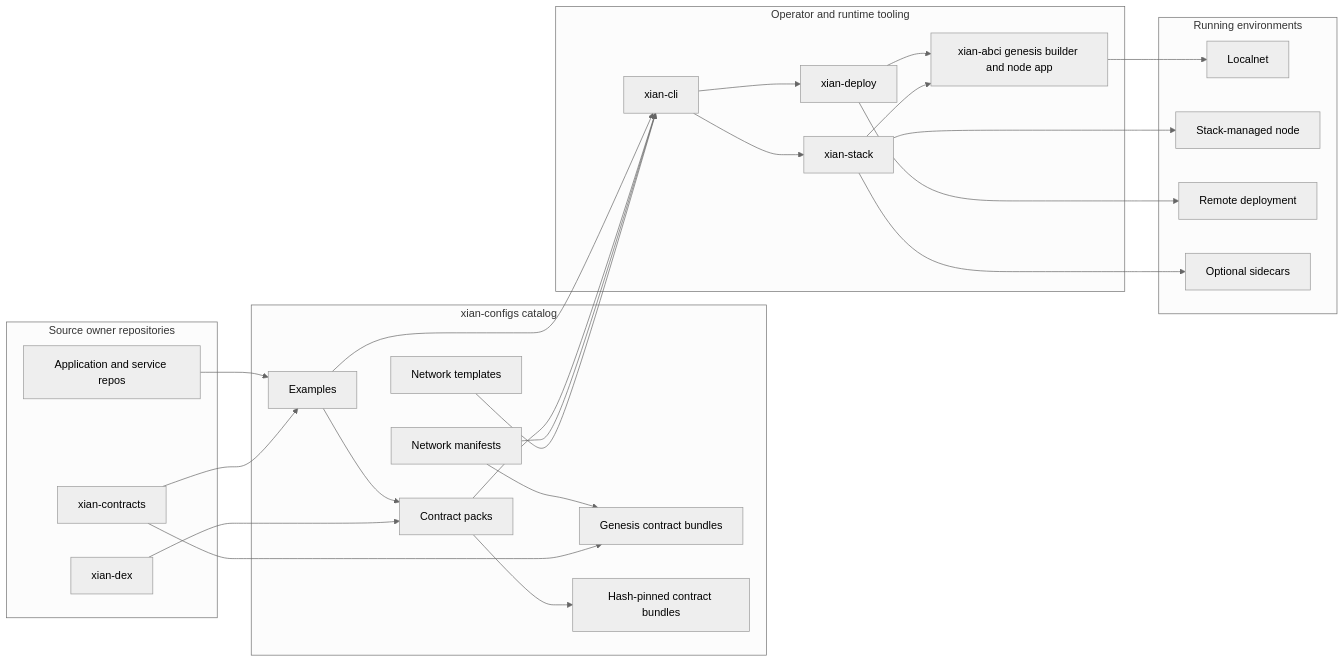
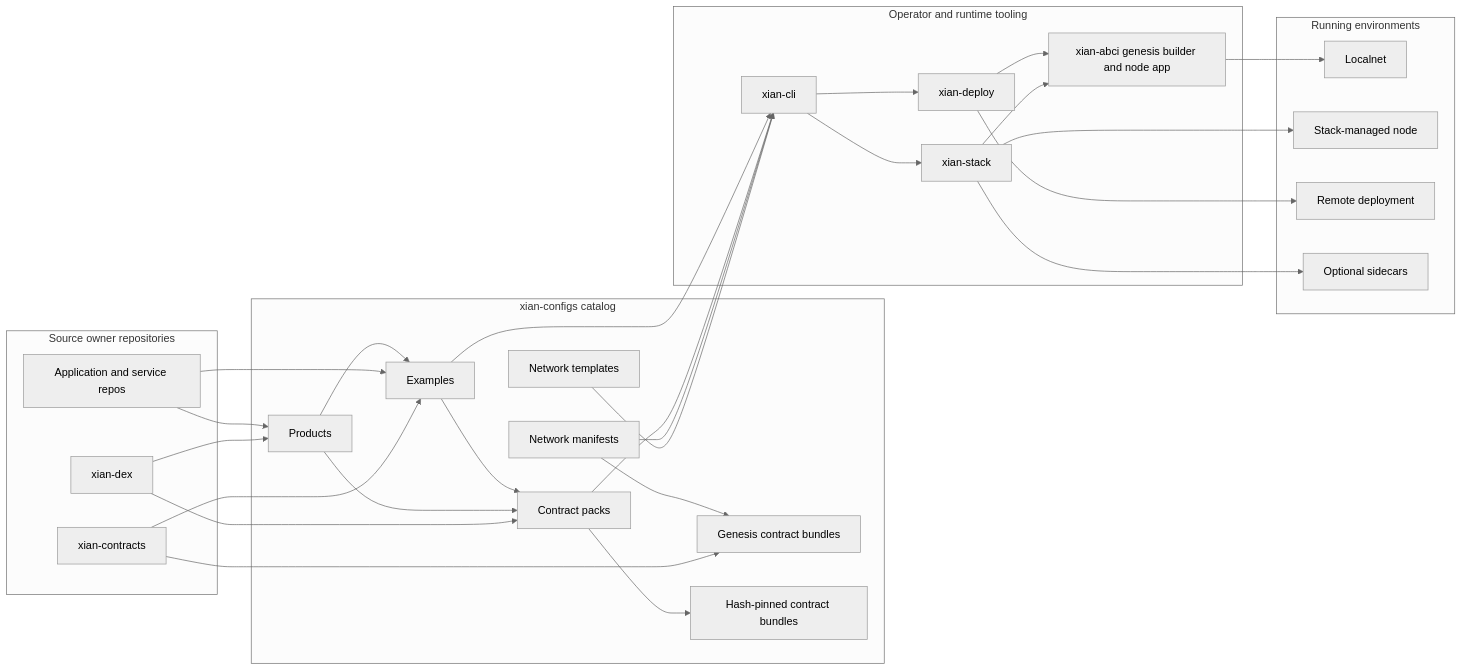
One commit to xian-technology/xian-docs-web changed the first of 2 diagrams in introduction/architecture-overview.md. Above: the diagram before and after it, drawn with Mermaid (neutral theme). The commit also changed other lines of this file and 13 other files, not shown here.

````diff
--- a/introduction/architecture-overview.md
+++ b/introduction/architecture-overview.md
@@ -28,51 +28,56 @@
 ```mermaid
 flowchart LR
   subgraph Source["Source owner repositories"]
     DexRepo["xian-dex"]
     ContractsRepo["xian-contracts"]
     AppRepos["Application and service repos"]
   end
 
   subgraph Catalog["xian-configs catalog"]
     Networks["Network manifests"]
     Templates["Network templates"]
+    Products["Products"]
     Genesis["Genesis contract bundles"]
     ContractPacks["Contract packs"]
     Examples["Examples"]
     Bundles["Hash-pinned contract bundles"]
   end
 
   subgraph Tooling["Operator and runtime tooling"]
     CLI["xian-cli"]
     Stack["xian-stack"]
     Deploy["xian-deploy"]
     ABCI["xian-abci genesis builder and node app"]
   end
 
   subgraph Runtime["Running environments"]
     Localnet["Localnet"]
     Node["Stack-managed node"]
     Remote["Remote deployment"]
     Sidecars["Optional sidecars"]
   end
 
   DexRepo --> ContractPacks
+  DexRepo --> Products
   ContractsRepo --> Genesis
   ContractsRepo --> Examples
   AppRepos --> Examples
+  AppRepos --> Products
+  Products --> ContractPacks
+  Products --> Examples
   ContractPacks --> Bundles
   Examples --> ContractPacks
   Networks --> Genesis
   Templates --> CLI
   Networks --> CLI
   ContractPacks --> CLI
   Examples --> CLI
   CLI --> Stack
   CLI --> Deploy
   Stack --> ABCI
   Deploy --> ABCI
   ABCI --> Localnet
   Stack --> Node
   Stack --> Sidecars
   Deploy --> Remote
 ```
````
